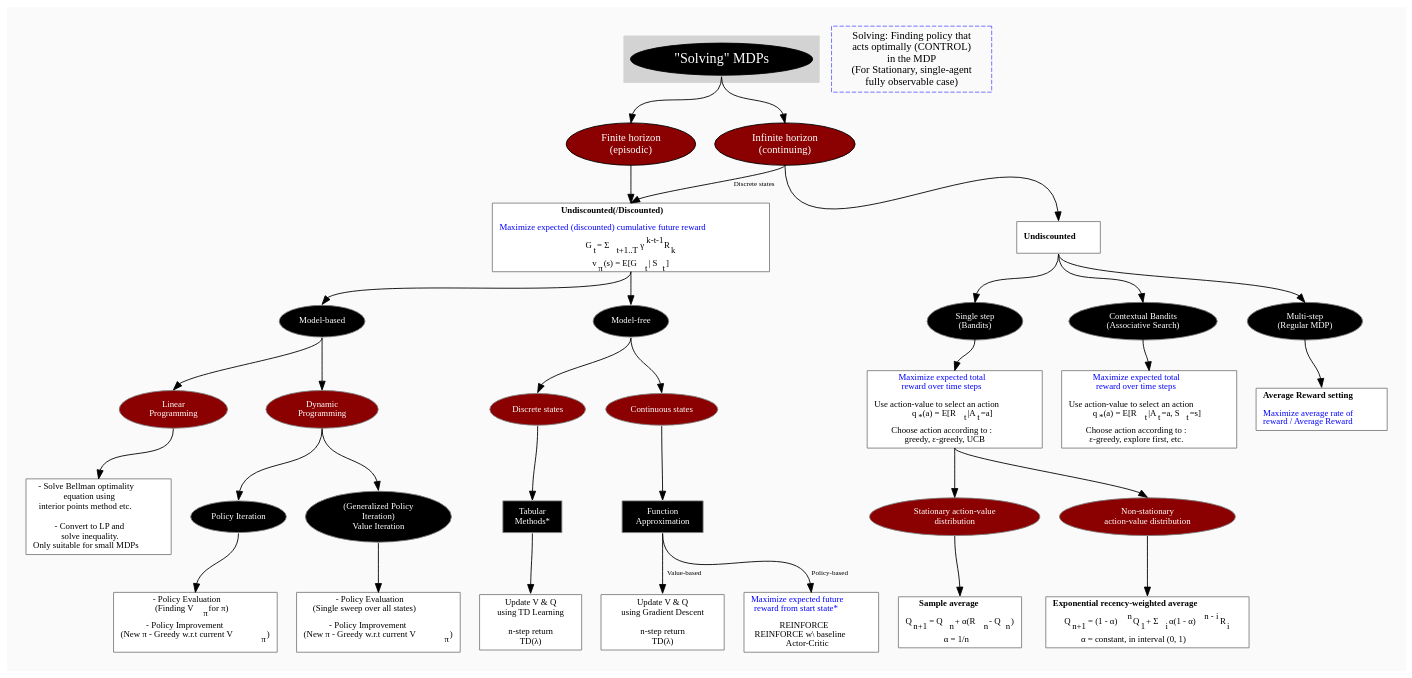
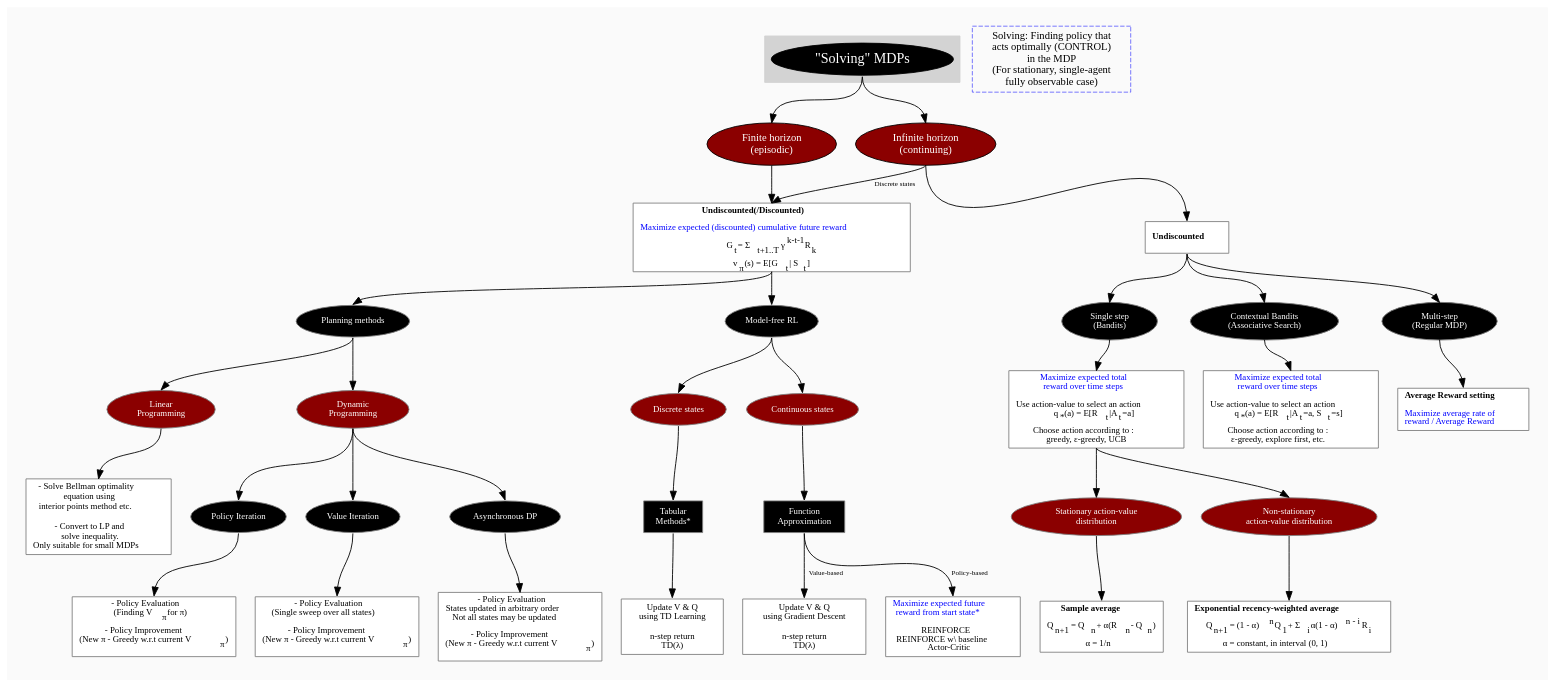
The diagram in solving_mdps_with_model_free_rl/solving_mdps_with_model_free_rl.dot (amy12xx/ml_notes_and_reports), drawn with Graphviz before and after one commit. The commit also changed 1 other file, not shown here.

```diff
--- a/solving_mdps_with_model_free_rl/solving_mdps_with_model_free_rl.dot
+++ b/solving_mdps_with_model_free_rl/solving_mdps_with_model_free_rl.dot
@@ -52,9 +52,9 @@
 
 
 node[fillcolor=black, fontsize=10, shape=ellipse, fontcolor=white]
-k1[label="Model-based"]
+k1[label="Planning methods"]
 node[fillcolor=black, fontsize=10, shape=ellipse, fontcolor=white]
-k2[label="Model-free"]
+k2[label="Model-free RL"]
 c1-> k1
 c1-> k2
 
@@ -88,9 +88,12 @@
 node[style="filled", shape=ellipse, fillcolor=black, fontcolor=white, fontsize=10]
 m1[label="Policy Iteration"]
 node[style="filled", shape=ellipse, fillcolor=black, fontcolor=white, fontsize=10]
-m2[label="(Generalized Policy \nIteration)\nValue Iteration"]
+m2[label="Value Iteration"]
+node[style="filled", shape=ellipse, fillcolor=black, fontcolor=white, fontsize=10]
+m4[label="Asynchronous DP"]
 l2-> m1
 l2-> m2
+l2-> m4
 
 node[fontcolor=black, fontsize=10]
 node[shape=box, fillcolor=white, color=grey50]
@@ -111,6 +114,18 @@
 <br/><br/>
 >]
 m2-> n2
+
+node[fontcolor=black, fontsize=10]
+node[shape=box, fillcolor=white, color=grey50]
+n3[label=<
+- Policy Evaluation <br/>States updated in arbitrary order
+<br/>
+Not all states may be updated
+<br/><br/>
+- Policy Improvement <br/>(New &pi; - Greedy w.r.t current V<sub>&pi;</sub>)
+<br/><br/>
+>]
+m4-> n3
 
 // LEVEL 5
 node[fillcolor=black, fontcolor=white, fontsize=10]
@@ -220,7 +235,7 @@
 // REMARQUES EN BLEU
 node[color=blue, shape=box, margin=0.07, fontcolor=black, fontsize=12, style="dashed", penwidth=0.6]
 //edge[color=blue, arrowhead="none", xlabel="", style="dashed", penwidth=0.6]
- r1[label="Solving: Finding policy that \n acts optimally (CONTROL) \nin the MDP\n(For Stationary, single-agent\nfully observable case) "]
+ r1[label="Solving: Finding policy that \n acts optimally (CONTROL) \nin the MDP\n(For stationary, single-agent\nfully observable case) "]
 // {rank=same;->r1}
 // {rank=same;r1->[dir=back]}
 
```
